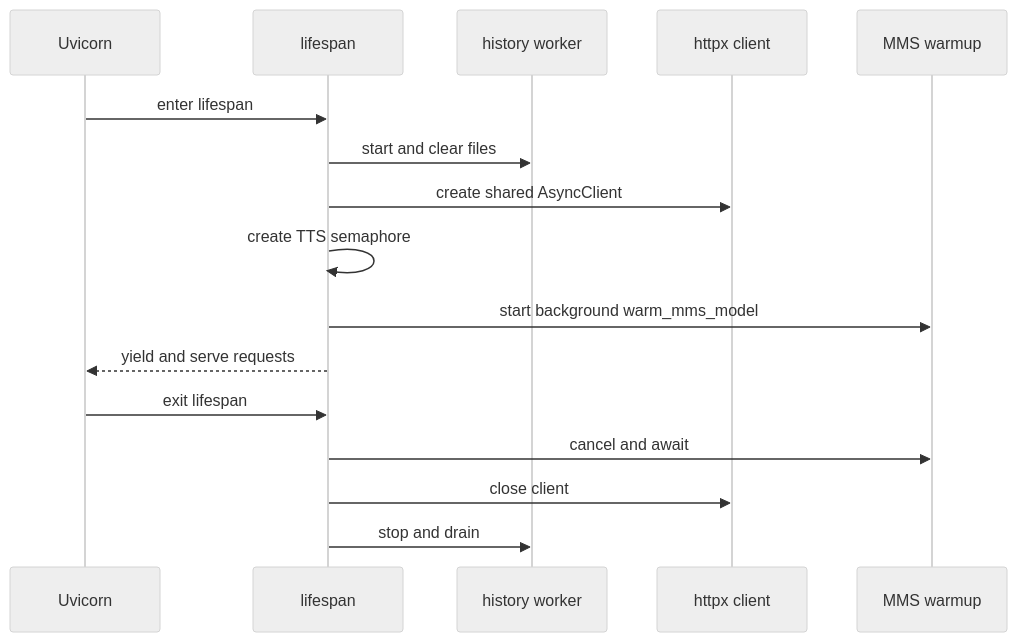
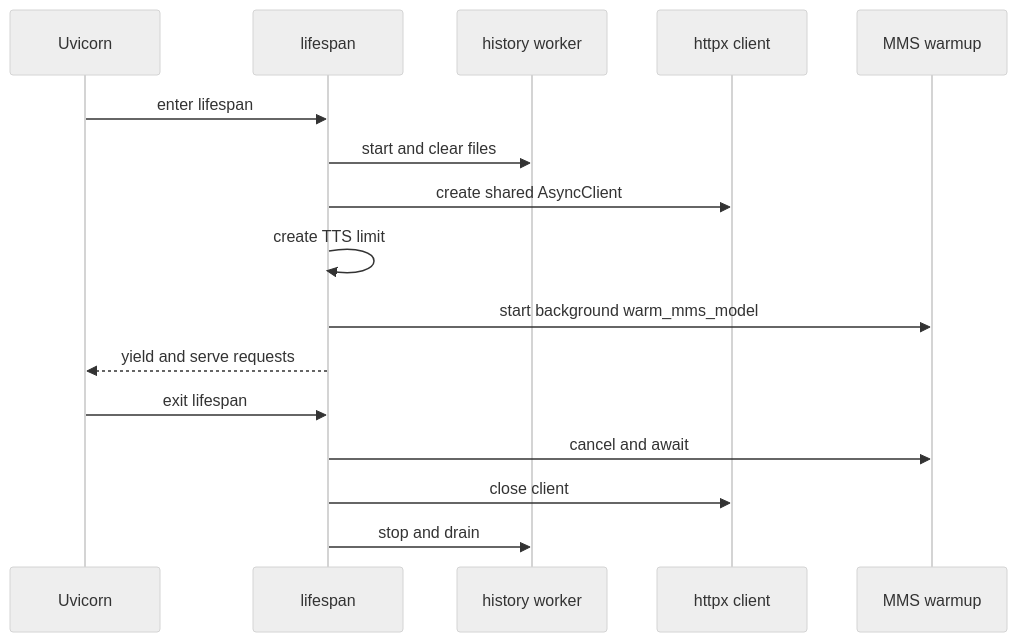
Before and after one commit to shantan1213/voice-pilot: the diagram in docs/03-application-startup-and-lifecycle.md, drawn with Mermaid (neutral theme). The commit also changed 8 other files, not shown here.

Commit message:
Normalize all Mermaid diagrams for GitHub

````diff
--- a/docs/03-application-startup-and-lifecycle.md
+++ b/docs/03-application-startup-and-lifecycle.md
@@ -5,18 +5,18 @@
 ```mermaid
 sequenceDiagram
   participant UV as Uvicorn
   participant LIFE as lifespan
   participant HIST as history worker
   participant CLIENT as httpx client
   participant WARM as MMS warmup
   UV->>LIFE: enter lifespan
   LIFE->>HIST: start and clear files
   LIFE->>CLIENT: create shared AsyncClient
-  LIFE->>LIFE: create TTS semaphore
+  LIFE->>LIFE: create TTS limit
   LIFE->>WARM: start background warm_mms_model
   LIFE-->>UV: yield and serve requests
   UV->>LIFE: exit lifespan
   LIFE->>WARM: cancel and await
   LIFE->>CLIENT: close client
   LIFE->>HIST: stop and drain
 ```
````
